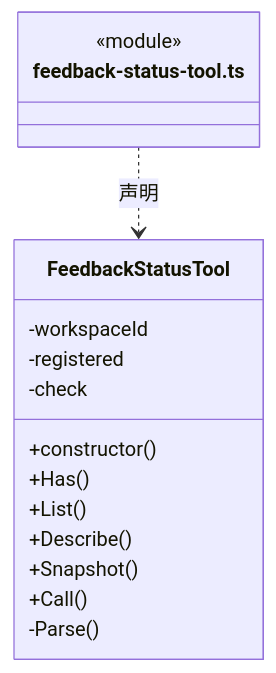
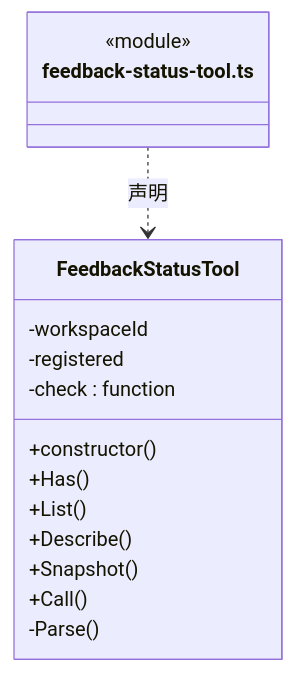
One commit to nan023062/cbim changed the eighth of 24 diagrams in src/logic/tools/runtime/ARCHITECTURE.md. Above: the diagram before and after it, drawn with Mermaid. The commit also changed other lines of this file and 137 other files, not shown here.

Commit message:
fix: align architecture generator with documentation standards

````diff
--- a/src/logic/tools/runtime/ARCHITECTURE.md
+++ b/src/logic/tools/runtime/ARCHITECTURE.md
@@ -518,19 +530,19 @@
 ```mermaid
 classDiagram
 class N_src_logic_tools_runtime_feedback_status_tool_ts["feedback-status-tool.ts"] {
   <<module>>
 }
 class N_src_logic_tools_runtime_feedback_status_tool_ts_FeedbackStatusTool["FeedbackStatusTool"] {
   +constructor()
   +Has()
   +List()
   +Describe()
   +Snapshot()
   +Call()
   -workspaceId
   -registered
-  -check
+  -check : function
   -Parse()
 }
 N_src_logic_tools_runtime_feedback_status_tool_ts ..> N_src_logic_tools_runtime_feedback_status_tool_ts_FeedbackStatusTool : 声明
 ```
````
